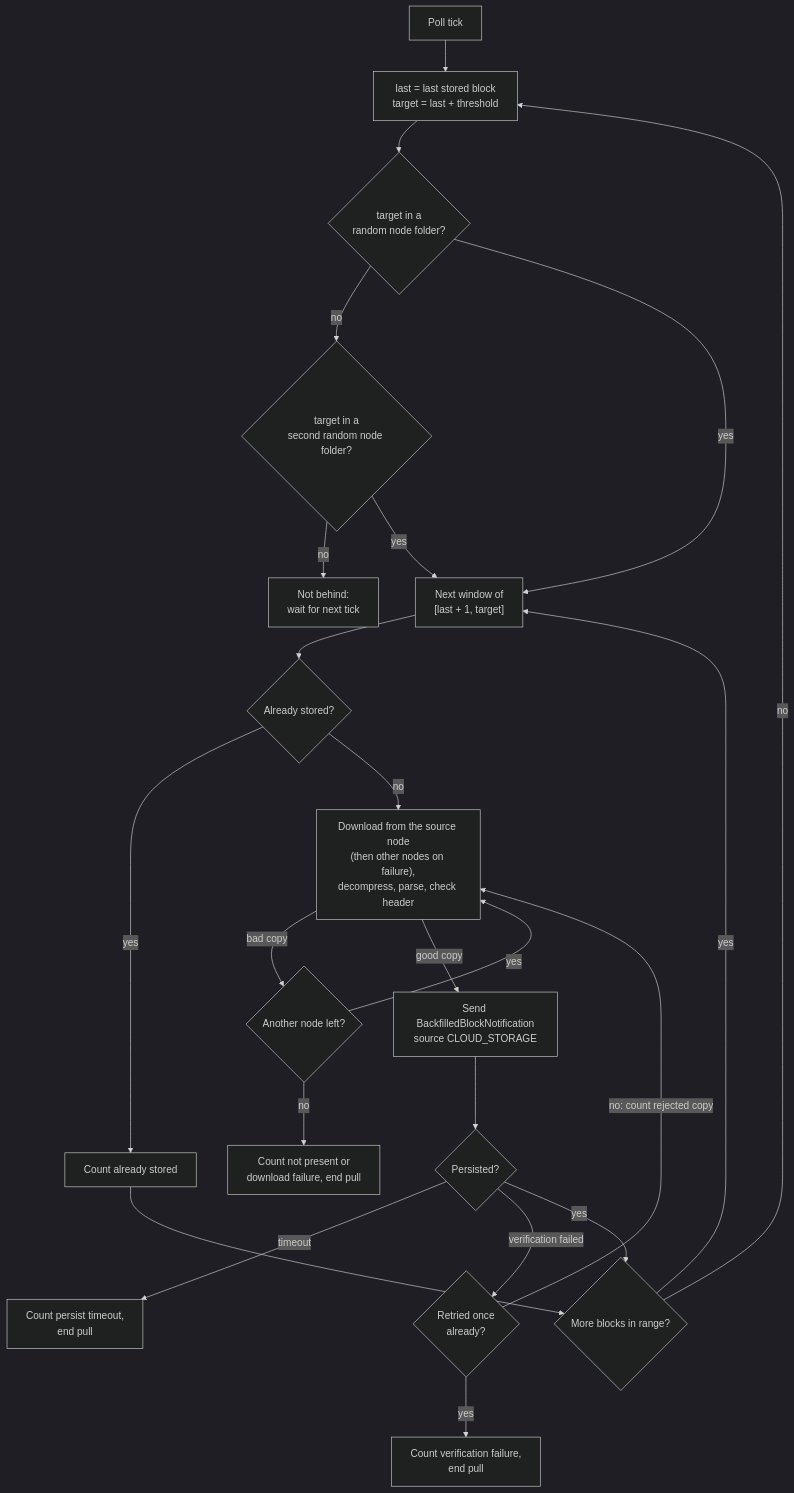
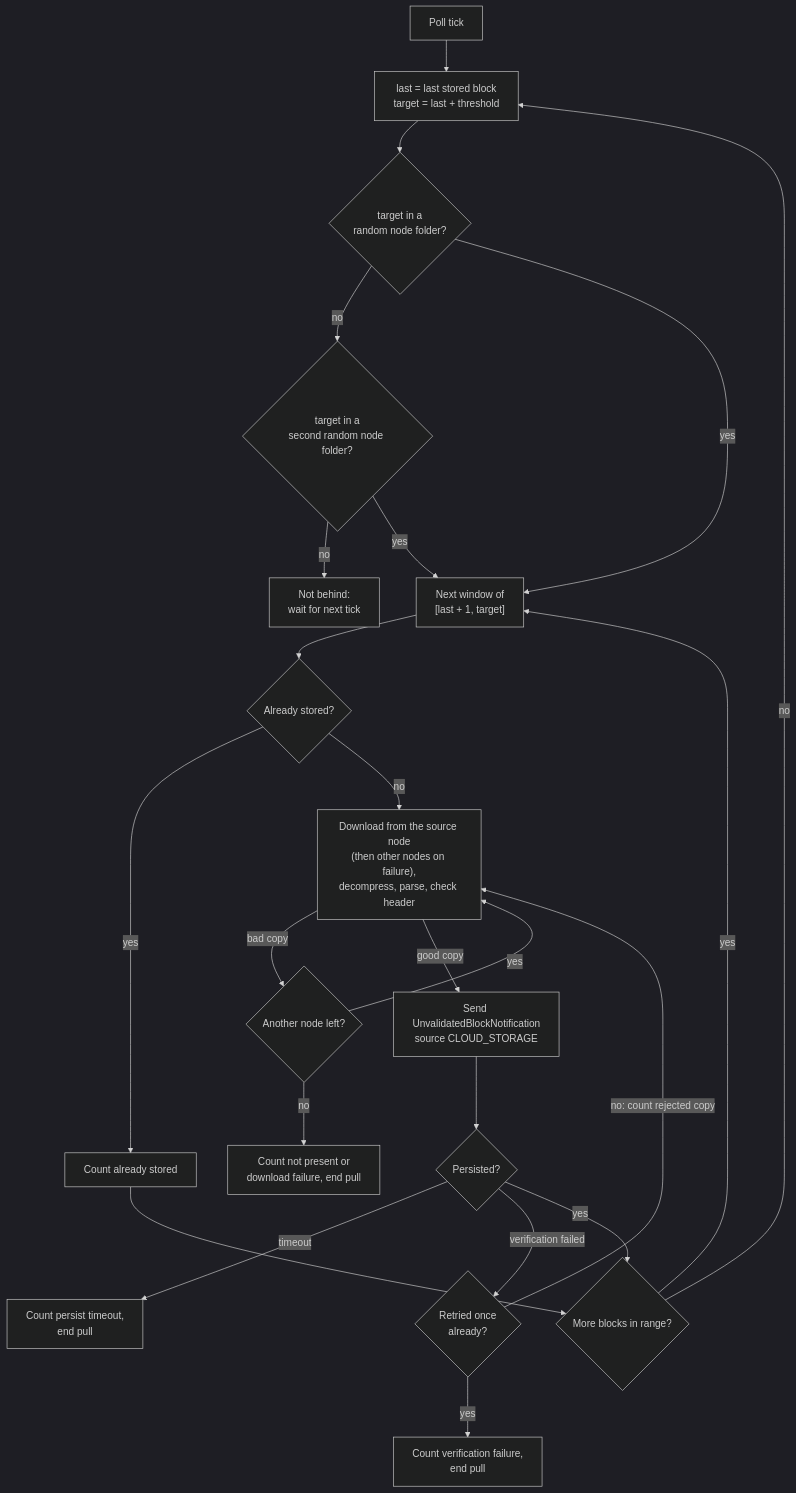
One commit to hiero-ledger/hiero-block-node changed the first of 2 diagrams in docs/design/persistence/cloud-storage-download.md. Above: the diagram before and after it, drawn with Mermaid (dark theme). The commit also changed other lines of this file and 26 other files, not shown here.

Commit message:
4122 Rename the backfilled block notification to a source agnostic unvalidated block notification

````diff
--- a/docs/design/persistence/cloud-storage-download.md
+++ b/docs/design/persistence/cloud-storage-download.md
@@ -340,24 +340,24 @@
 ```mermaid
 flowchart TD
     A[Poll tick] --> B["last = last stored block<br/>target = last + threshold"]
     B --> C{"target in a<br/>random node folder?"}
     C -- no --> C2{"target in a<br/>second random node folder?"}
     C2 -- no --> Z["Not behind:<br/>wait for next tick"]
     C -- yes --> E["Next window of<br/>[last + 1, target]"]
     C2 -- yes --> E
     E --> F{Already stored?}
     F -- yes --> F2[Count already stored] --> H
     F -- no --> G["Download from the source node<br/>(then other nodes on failure),<br/>decompress, parse, check header"]
     G -- bad copy --> G2{Another node left?}
     G2 -- yes --> G
     G2 -- no --> X["Count not present or<br/>download failure, end pull"]
-    G -- good copy --> S["Send BackfilledBlockNotification<br/>source CLOUD_STORAGE"]
+    G -- good copy --> S["Send UnvalidatedBlockNotification<br/>source CLOUD_STORAGE"]
     S --> W{"Persisted?"}
     W -- timeout --> T["Count persist timeout,<br/>end pull"]
     W -- "verification failed" --> R{"Retried once<br/>already?"}
     R -- "no: count rejected copy" --> G
     R -- yes --> V["Count verification failure,<br/>end pull"]
     W -- yes --> H{More blocks in range?}
     H -- yes --> E
     H -- no --> B
 ```
````
